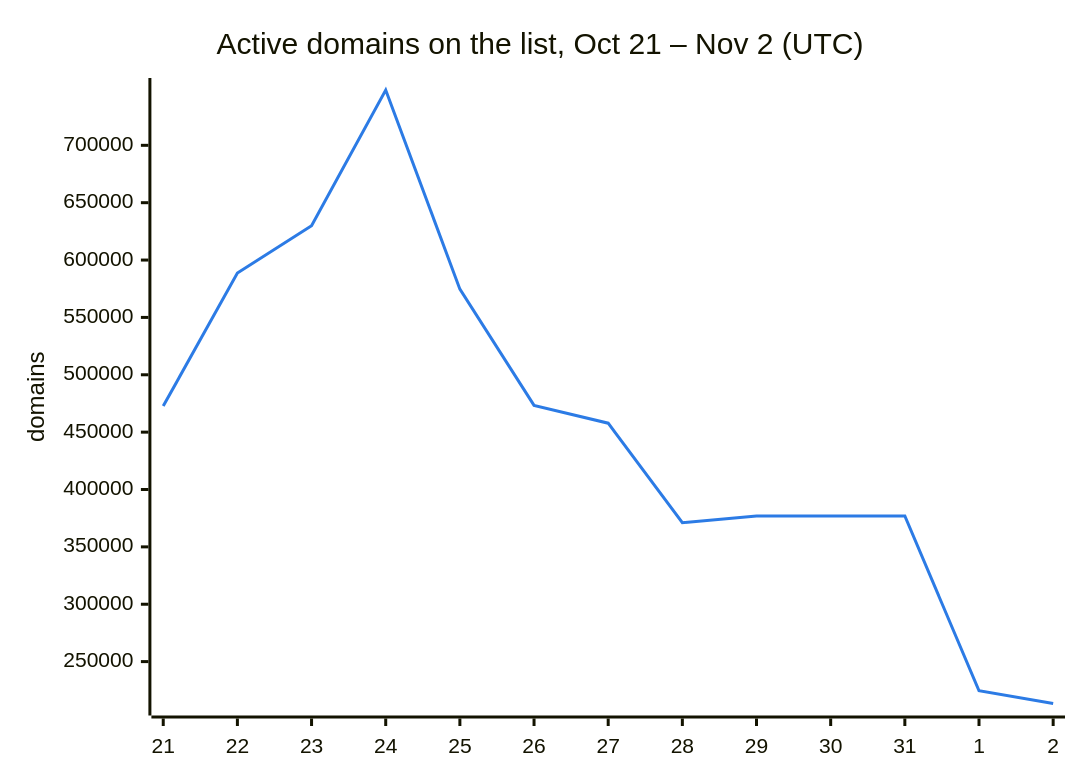
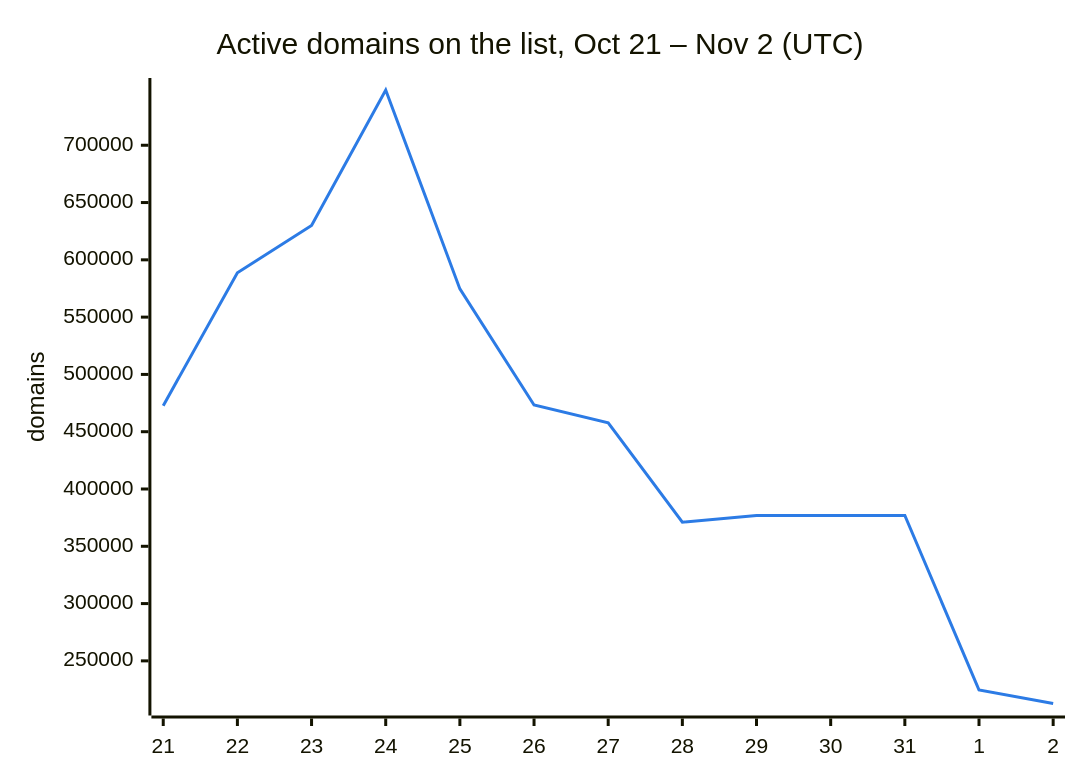
One commit to DNSBunker/CTI changed the second of 3 diagrams in README.md. Above: the diagram before and after it, drawn with Mermaid. The commit also changed other lines of this file and 3 other files, not shown here.

````diff
--- a/README.md
+++ b/README.md
@@ -38,8 +38,8 @@
 ```mermaid
 %%{init: {"themeVariables": {"xyChart": {"plotColorPalette": "#2c7be5"}}}}%%
 xychart-beta
     title "Active domains on the list, Oct 21 – Nov 2 (UTC)"
     x-axis ["21", "22", "23", "24", "25", "26", "27", "28", "29", "30", "31", "1", "2"]
     y-axis "domains"
-    line [472713, 588659, 629951, 748222, 574614, 473331, 457795, 371010, 376945, 376945, 376945, 224607, 213482]
+    line [472713, 588659, 629951, 748222, 574614, 473331, 457795, 371010, 376945, 376945, 376945, 224607, 212799]
 ```
````
